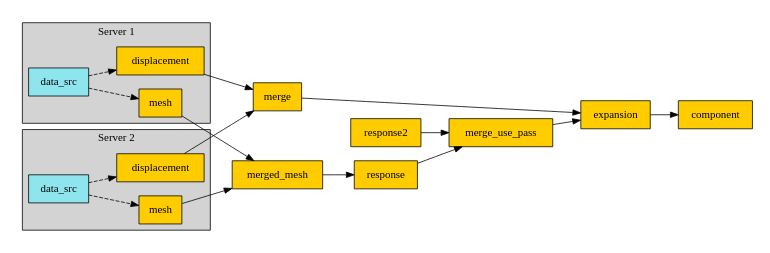
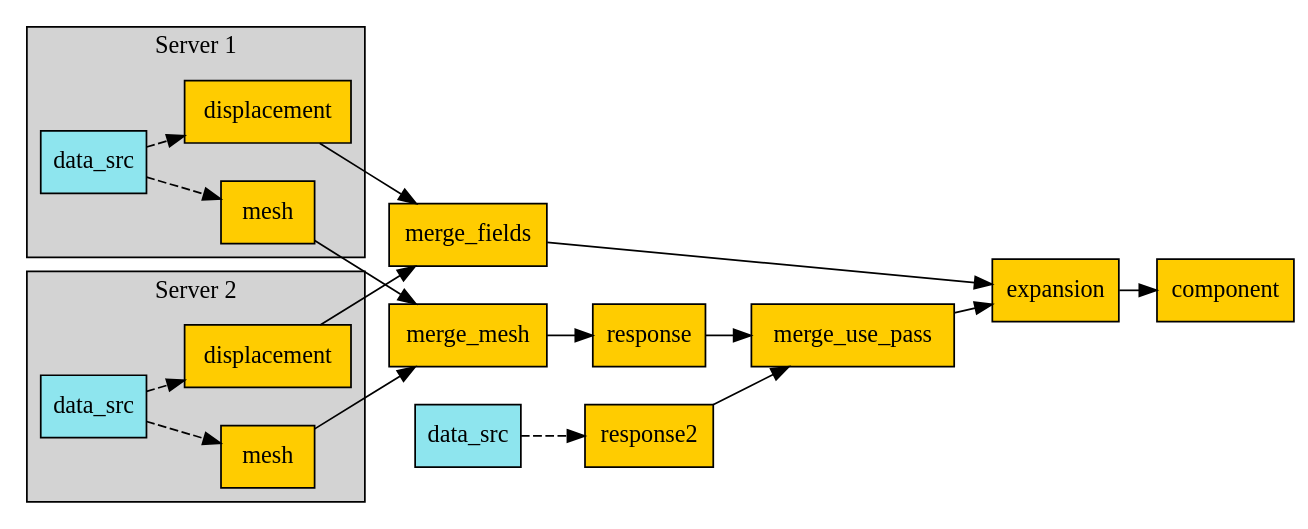
One commit to ansys/pydpf-core changed the diagram in docs/source/examples/06-distributed-post/03-operator-dep.dot. Above: the diagram before and after it, drawn with Graphviz. The commit also changed 49 other files, not shown here.

Commit message:
Fixed graph padding & alignement

```diff
--- a/docs/source/examples/06-distributed-post/03-operator-dep.dot
+++ b/docs/source/examples/06-distributed-post/03-operator-dep.dot
@@ -1,49 +1,52 @@
 digraph foo {
-    size="6,6";
-    node [shape=box, style=filled, fillcolor="#ffcc00"];
+    graph [pad="0", nodesep="0.3", ranksep="0.3"]
+    node [shape=box, style=filled, fillcolor="#ffcc00", margin="0"];
     rankdir=LR;
     splines=line;
 
     disp01 [label="displacement"];
     disp02 [label="displacement"];
     mesh01 [label="mesh"];
     mesh02 [label="mesh"];
 
     subgraph cluster_1 {
         ds01 [label="data_src", shape=box, style=filled, fillcolor=cadetblue2];
 
         disp01; mesh01;
 
         ds01 -> disp01 [style=dashed];
         ds01 -> mesh01 [style=dashed];
 
         label="Server 1";
         style=filled;
         fillcolor=lightgrey;
     }
 
     subgraph cluster_2 {
         ds02 [label="data_src", shape=box, style=filled, fillcolor=cadetblue2];
 
         disp02; mesh02;
 
         ds02 -> disp02 [style=dashed];
         ds02 -> mesh02 [style=dashed];
 
         label="Server 2";
         style=filled;
         fillcolor=lightgrey;
     }
 
-    disp01 -> "merge";
-    mesh01 -> "merged_mesh";
-    disp02 -> "merge";
-    mesh02 -> "merged_mesh";
+    disp01 -> "merge_fields";
+    mesh01 -> "merge_mesh";
+    disp02 -> "merge_fields";
+    mesh02 -> "merge_mesh";
 
-    "merged_mesh" -> "response";
+    ds03 [label="data_src", shape=box, style=filled, fillcolor=cadetblue2];
+    ds03 -> "response2" [style=dashed];
+
+    "merge_mesh" -> "response";
     "response" -> "merge_use_pass";
     "response2" -> "merge_use_pass";
     "merge_use_pass" -> "expansion";
-    "merge" -> "expansion";
+    "merge_fields" -> "expansion";
     "expansion" -> "component";
 }
```
